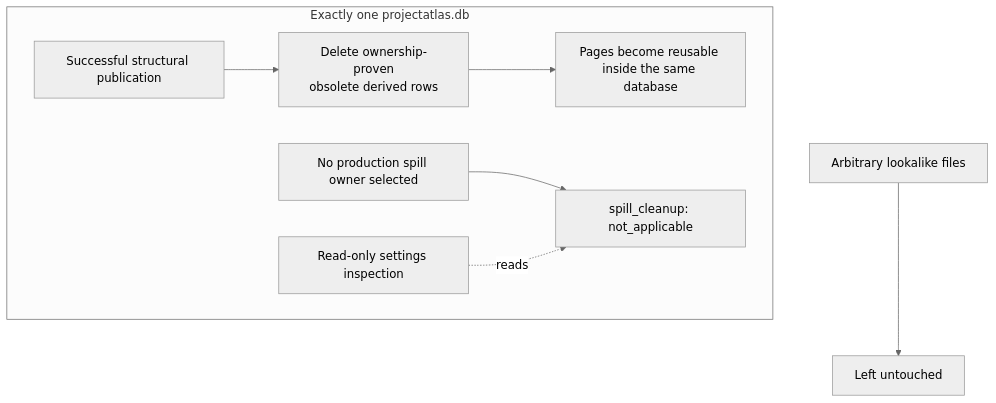
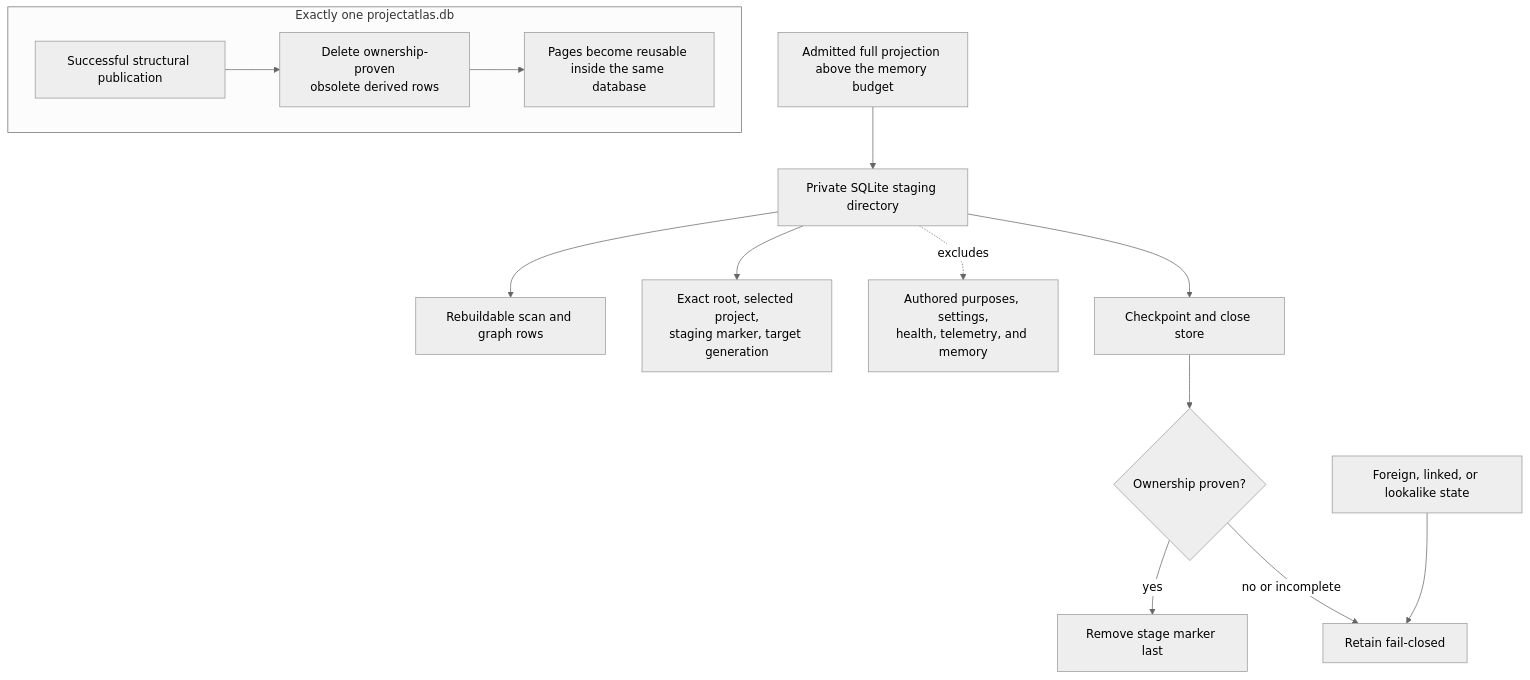
One commit to styler-ai/ProjectAtlas changed diagram 19 of 27 in docs/projectatlas-3-architecture.md. Above: the diagram before and after it, drawn with Mermaid (neutral theme). The commit also changed other lines of this file and 13 other files, not shown here.

Commit message:
docs(architecture): reconcile final v0.4 design (#308)

````diff
--- a/docs/projectatlas-3-architecture.md
+++ b/docs/projectatlas-3-architecture.md
@@ -1293,10 +1308,16 @@
 ```mermaid
 flowchart TB
     subgraph Database[Exactly one projectatlas.db]
         Publish[Successful structural publication] --> Obsolete[Delete ownership-proven<br/>obsolete derived rows]
         Obsolete --> Reuse[Pages become reusable inside the same database]
-        NoSpill[No production spill owner selected] --> State[spill_cleanup: not_applicable]
-        Settings[Read-only settings inspection] -. reads .-> State
     end
-    Lookalike[Arbitrary lookalike files] --> Untouched[Left untouched]
+    Full[Admitted full projection above the memory budget] --> Stage[Private SQLite staging directory]
+    Stage --> Derived[Rebuildable scan and graph rows]
+    Stage --> Metadata[Exact root, selected project,<br/>staging marker, target generation]
+    Stage -. excludes .-> Authored[Authored purposes, settings,<br/>health, telemetry, and memory]
+    Stage --> Close[Checkpoint and close store]
+    Close --> Owned{Ownership proven?}
+    Owned -->|yes| Remove[Remove stage marker last]
+    Owned -->|no or incomplete| Retain[Retain fail-closed]
+    Lookalike[Foreign, linked, or lookalike state] --> Retain
 ```
````
